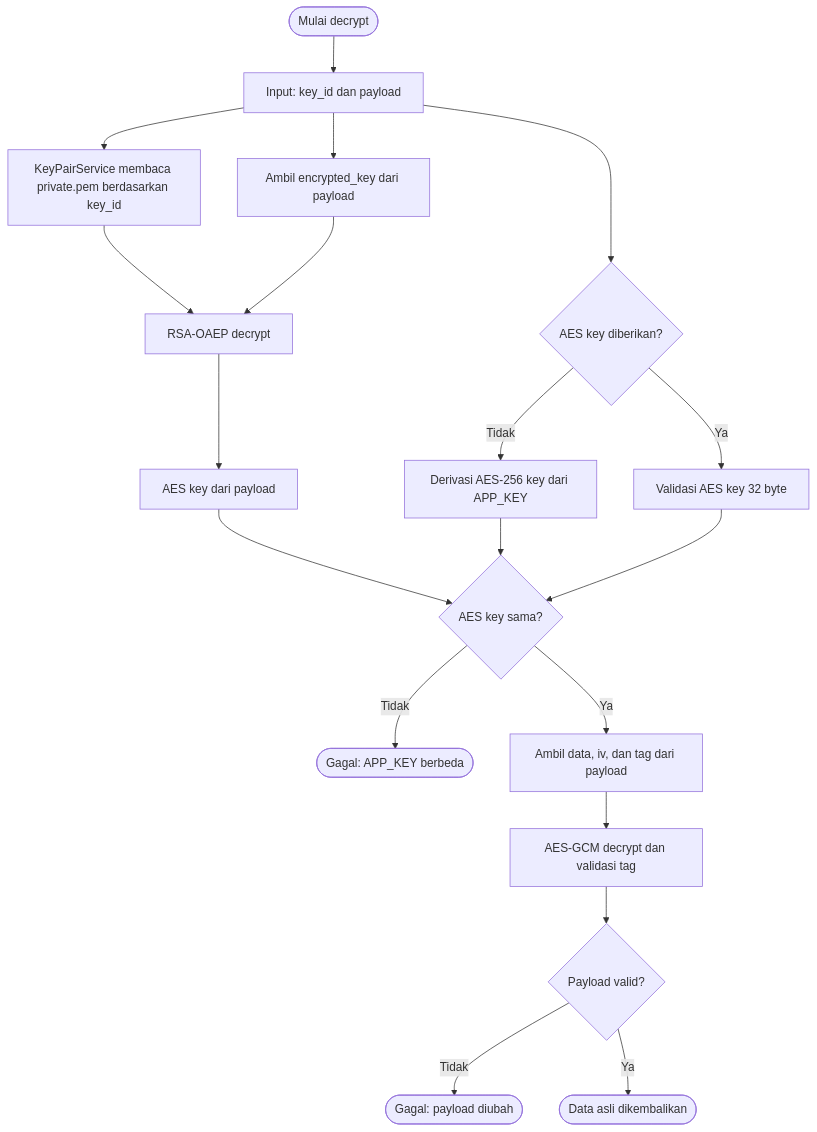
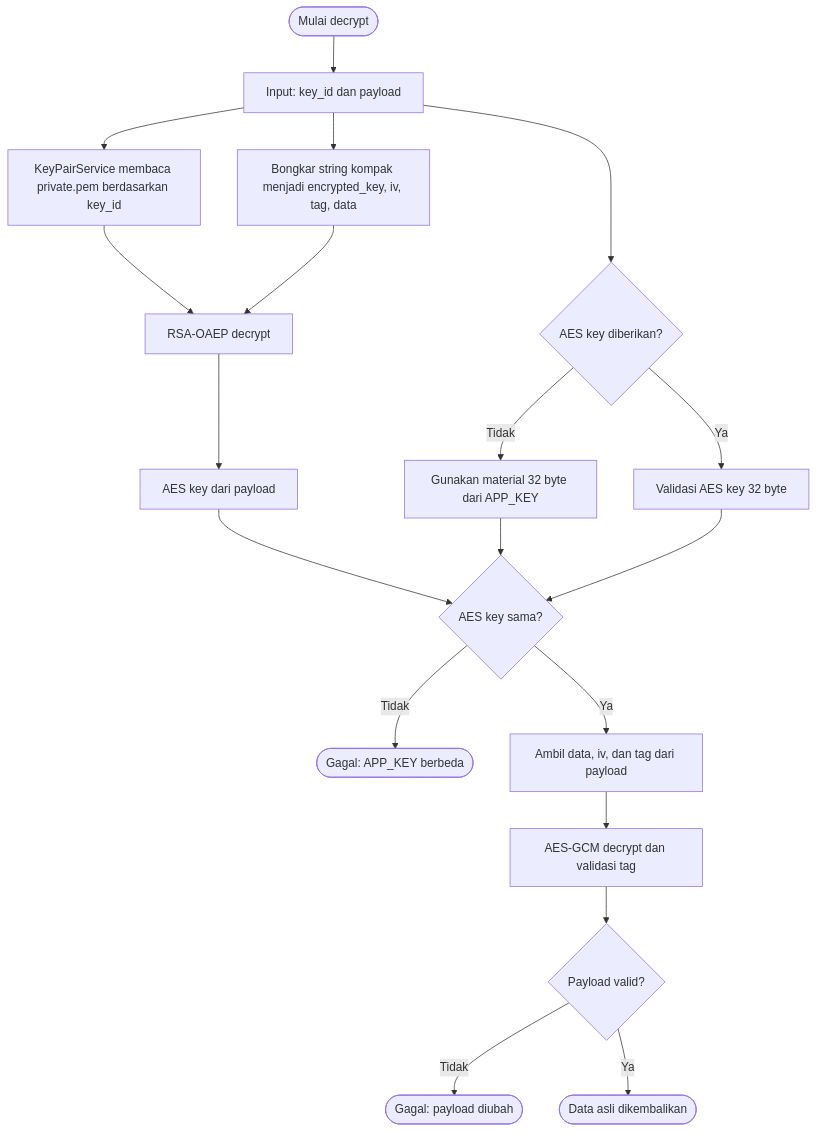
Before and after one commit to Diskominfotik-Gorontalo-Prov/hybrid-encryption: the second of 3 diagrams in README.md, drawn with Mermaid. The commit also changed other lines of this file and 3 other files, not shown here.

Commit message:
feat: ubah format payload menjadi string kompak dan perbarui dokumentasi

````diff
--- a/README.md
+++ b/README.md
@@ -35,21 +37,21 @@
 ```mermaid
 flowchart TD
     D0([Mulai decrypt]) --> D1[Input: key_id dan payload]
     D1 --> D2[KeyPairService membaca private.pem berdasarkan key_id]
-    D1 --> D3[Ambil encrypted_key dari payload]
+    D1 --> D3[Bongkar string kompak menjadi encrypted_key, iv, tag, data]
     D2 --> D4[RSA-OAEP decrypt]
     D3 --> D4
     D4 --> D5[AES key dari payload]
     D1 --> D6{AES key diberikan?}
-    D6 -->|Tidak| D7[Derivasi AES-256 key dari APP_KEY]
+    D6 -->|Tidak| D7[Gunakan material 32 byte dari APP_KEY]
     D6 -->|Ya| D10[Validasi AES key 32 byte]
     D5 --> D8{AES key sama?}
     D7 --> D8
     D8 -->|Tidak| D9([Gagal: APP_KEY berbeda])
     D8 -->|Ya| D11[Ambil data, iv, dan tag dari payload]
     D10 --> D8
     D11 --> D12[AES-GCM decrypt dan validasi tag]
     D12 --> D13{Payload valid?}
     D13 -->|Tidak| D14([Gagal: payload diubah])
     D13 -->|Ya| D15([Data asli dikembalikan])
 ```
````
